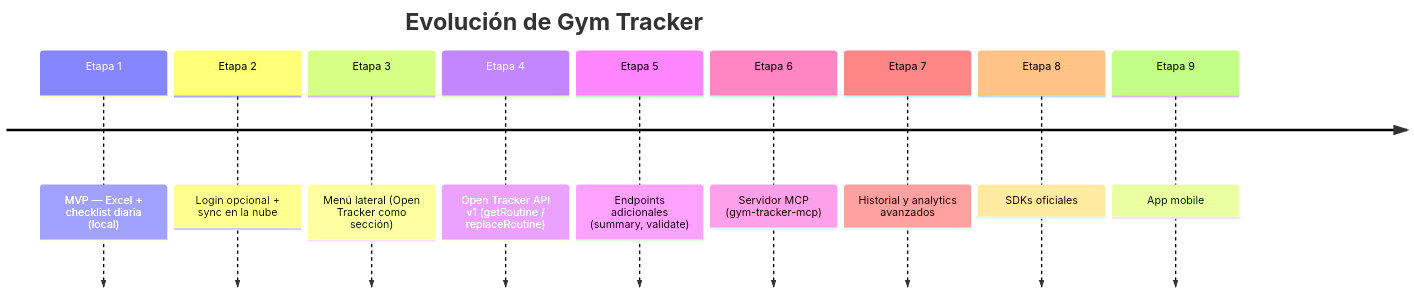
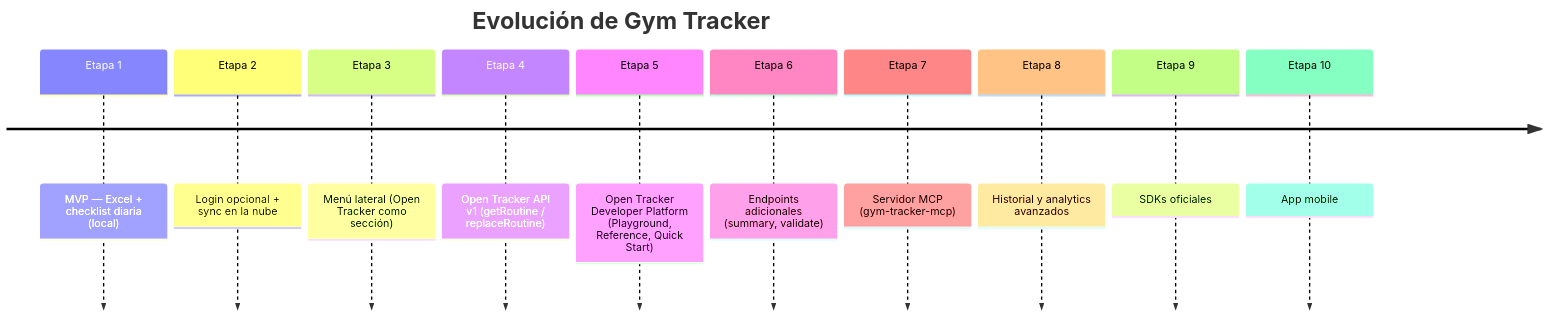
The diagram in docs/roadmap.md (speranza5/gym-tracker), drawn with Mermaid before and after one commit. The commit also changed other lines of this file and 14 other files, not shown here.

First line of the commit message:
Turn Open Tracker into a developer platform (Playground, Reference, Quick Start)

````diff
--- a/docs/roadmap.md
+++ b/docs/roadmap.md
@@ -10,13 +10,14 @@
 ```mermaid
 timeline
     title Evolución de Gym Tracker
     Etapa 1 : MVP — Excel + checklist diaria (local)
     Etapa 2 : Login opcional + sync en la nube
     Etapa 3 : Menú lateral (Open Tracker como sección)
     Etapa 4 : Open Tracker API v1 (getRoutine / replaceRoutine)
-    Etapa 5 : Endpoints adicionales (summary, validate)
-    Etapa 6 : Servidor MCP (gym-tracker-mcp)
-    Etapa 7 : Historial y analytics avanzados
-    Etapa 8 : SDKs oficiales
-    Etapa 9 : App mobile
+    Etapa 5 : Open Tracker Developer Platform (Playground, Reference, Quick Start)
+    Etapa 6 : Endpoints adicionales (summary, validate)
+    Etapa 7 : Servidor MCP (gym-tracker-mcp)
+    Etapa 8 : Historial y analytics avanzados
+    Etapa 9 : SDKs oficiales
+    Etapa 10 : App mobile
 ```
````
